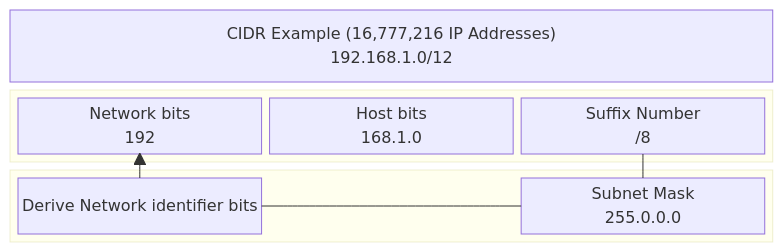
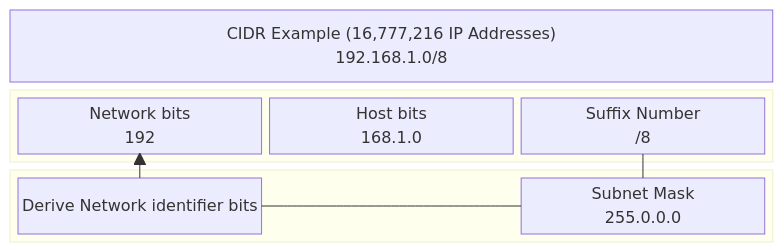
The second of 2 diagrams in content/posts/bss_what_is_cidr/index.md (k1nho/k1nho.github.io), drawn with Mermaid before and after one commit. The commit also changed other lines of this file and 6 other files, not shown here.

````diff
--- a/content/posts/bss_what_is_cidr/index.md
+++ b/content/posts/bss_what_is_cidr/index.md
@@ -57,22 +57,22 @@
 ```mermaid
 block
 columns 1
-  cidr["CIDR Example (16,777,216 IP Addresses)<br> 192.168.1.0/12"]
+  cidr["CIDR Example (16,777,216 IP Addresses)<br> 192.168.1.0/8"]
   block:CIDRparts
         network["Network bits<br>192"]
         host["Host bits<br>168.1.0"]
         suffix["Suffix Number<br> /8"]
   end
 
   block:CIDRSubnet
     derive["Derive Network identifier bits"]
     derive:1
     space
     subnet["Subnet Mask <br> 255.0.0.0"]
     subnet:1
   end
   suffix --- subnet
   subnet --- derive
   derive --> network
 
 ```
````
